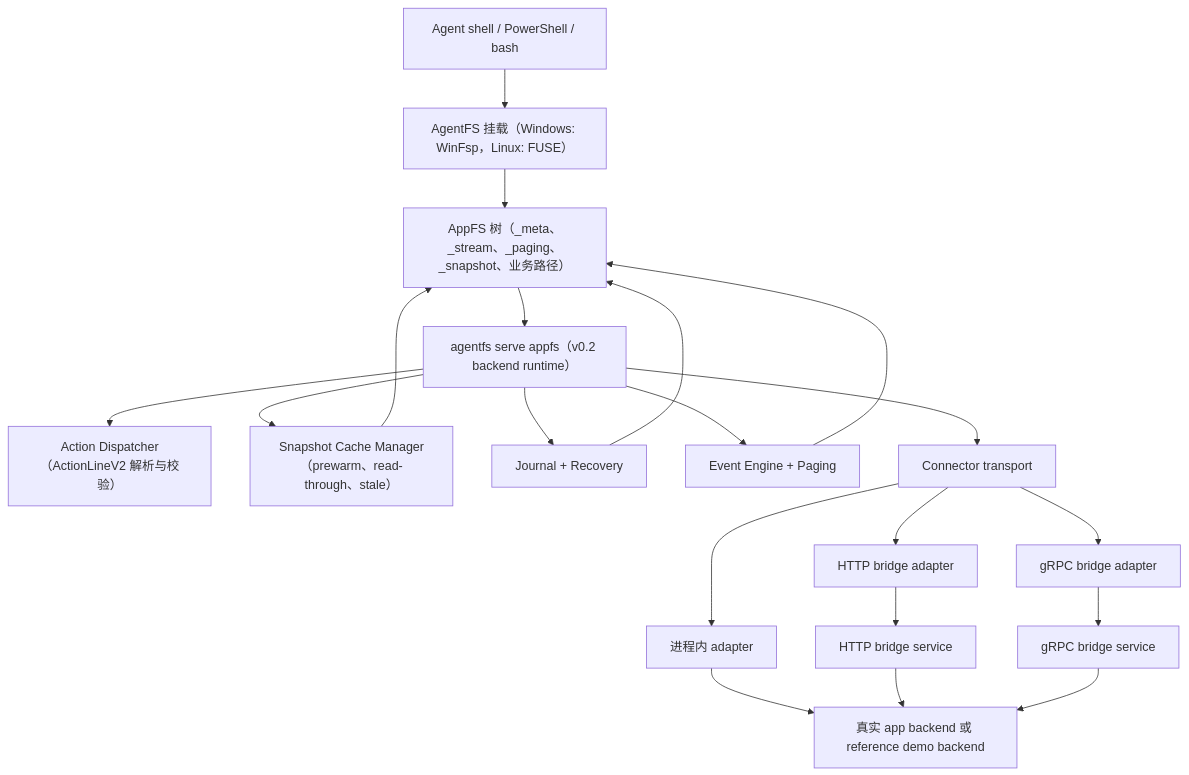
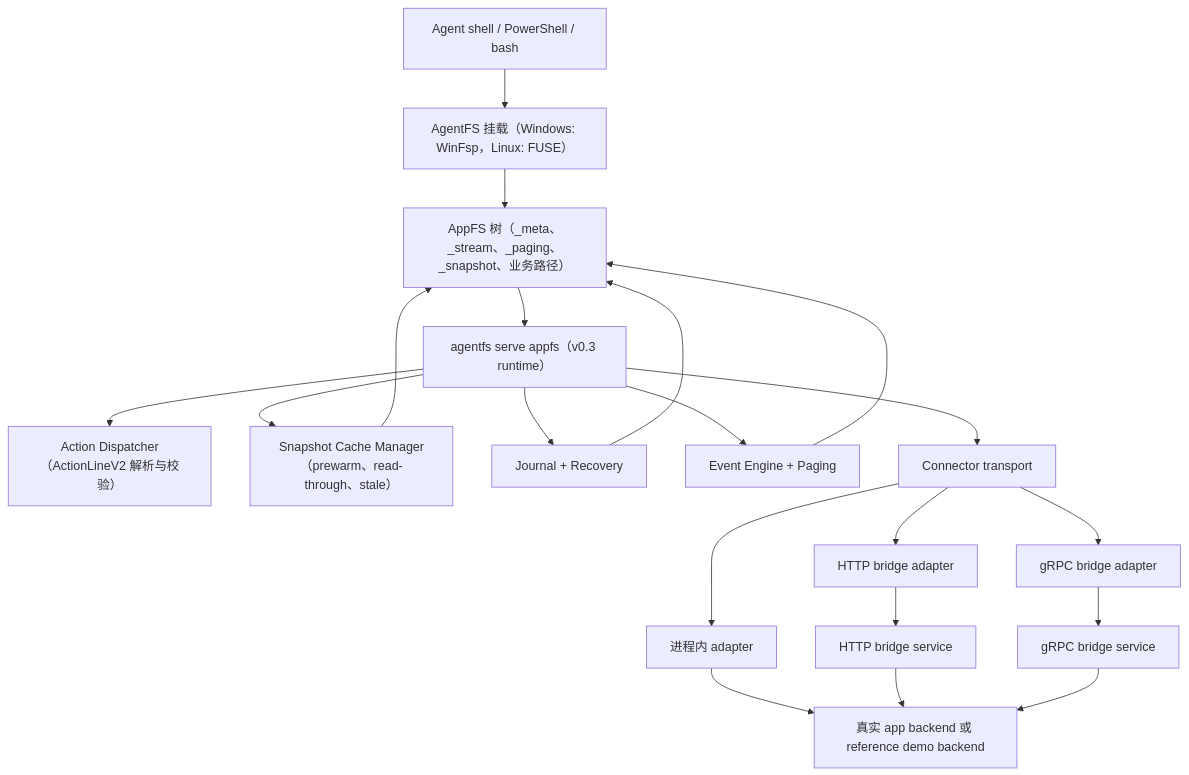
Before and after one commit to esp3j0/appfs-platform: the diagram in README.zh-CN.md, drawn with Mermaid. The commit also changed other lines of this file and 42 other files, not shown here.

````diff
--- a/README.zh-CN.md
+++ b/README.zh-CN.md
@@ -228,26 +228,26 @@
 ```mermaid
 flowchart TD
     A["Agent shell / PowerShell / bash"] --> B["AgentFS 挂载（Windows: WinFsp，Linux: FUSE）"]
     B --> C["AppFS 树（_meta、_stream、_paging、_snapshot、业务路径）"]
-    C --> D["agentfs serve appfs（v0.2 backend runtime）"]
+    C --> D["agentfs serve appfs（v0.3 runtime）"]
 
     D --> E["Action Dispatcher（ActionLineV2 解析与校验）"]
     D --> F["Snapshot Cache Manager（prewarm、read-through、stale）"]
     D --> G["Journal + Recovery"]
     D --> H["Event Engine + Paging"]
 
     D --> I["Connector transport"]
     I --> J["进程内 adapter"]
     I --> K["HTTP bridge adapter"]
     I --> L["gRPC bridge adapter"]
 
     K --> M["HTTP bridge service"]
     L --> N["gRPC bridge service"]
     J --> O["真实 app backend 或 reference demo backend"]
     M --> O
     N --> O
 
     H --> C
     F --> C
     G --> C
 ```
````
